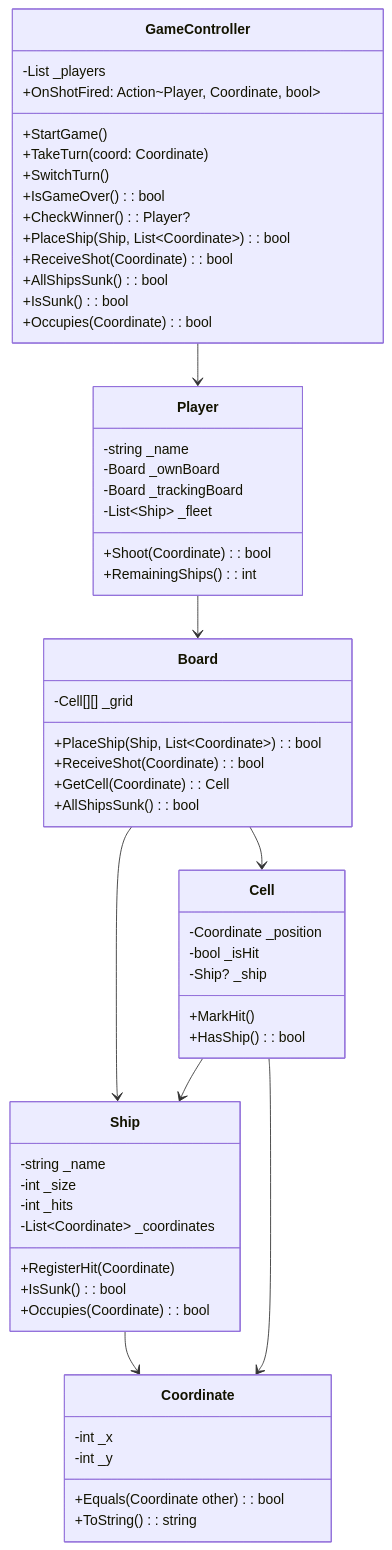
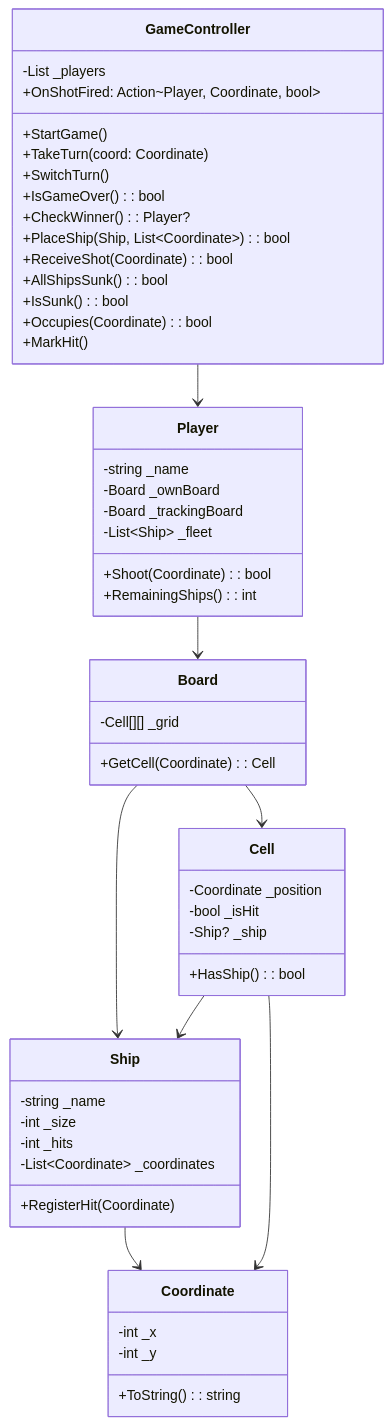
One commit to rifrifai/bootcamp changed the diagram in Quiz/Battleship4.mmd. Above: the diagram before and after it, drawn with Mermaid. The commit also changed other lines of this file and 1 other file, not shown here.

```diff
--- a/Quiz/Battleship4.mmd
+++ b/Quiz/Battleship4.mmd
@@ -1,65 +1,59 @@
 classDiagram
   class GameController {
     -List<Player> _players
     +StartGame()
     +TakeTurn(coord: Coordinate)
     +SwitchTurn()
     +IsGameOver(): bool
     +CheckWinner(): Player?
     +OnShotFired: Action~Player, Coordinate, bool>
     +PlaceShip(Ship, List~Coordinate~): bool
     +ReceiveShot(Coordinate): bool
     +AllShipsSunk(): bool
     +IsSunk(): bool
     +Occupies(Coordinate): bool
+    +MarkHit()
   }
 
   class Player {
     -string _name
     -Board _ownBoard
     -Board _trackingBoard
     -List~Ship~ _fleet
     +Shoot(Coordinate): bool
     +RemainingShips(): int
   }
 
   class Board {
     -Cell[][] _grid
-    +PlaceShip(Ship, List~Coordinate~): bool
-    +ReceiveShot(Coordinate): bool
-    +GetCell(Coordinate): Cell
-    +AllShipsSunk(): bool
+    +GetCell(Coordinate): Cell  
   }
 
   class Cell {
     -Coordinate _position
     -bool _isHit
     -Ship? _ship
-    +MarkHit()
     +HasShip(): bool
   }
 
   class Ship {
     -string _name
     -int _size
     -int _hits
     -List~Coordinate~ _coordinates
     +RegisterHit(Coordinate)
-    +IsSunk(): bool
-    +Occupies(Coordinate): bool
   }
 
   class Coordinate {
     -int _x
     -int _y
-    +Equals(Coordinate other): bool
     +ToString(): string
   }
 
   GameController --> Player
   Player --> Board
   Board --> Cell
   Board --> Ship
   Ship --> Coordinate
   Cell --> Ship
   Cell --> Coordinate
```
